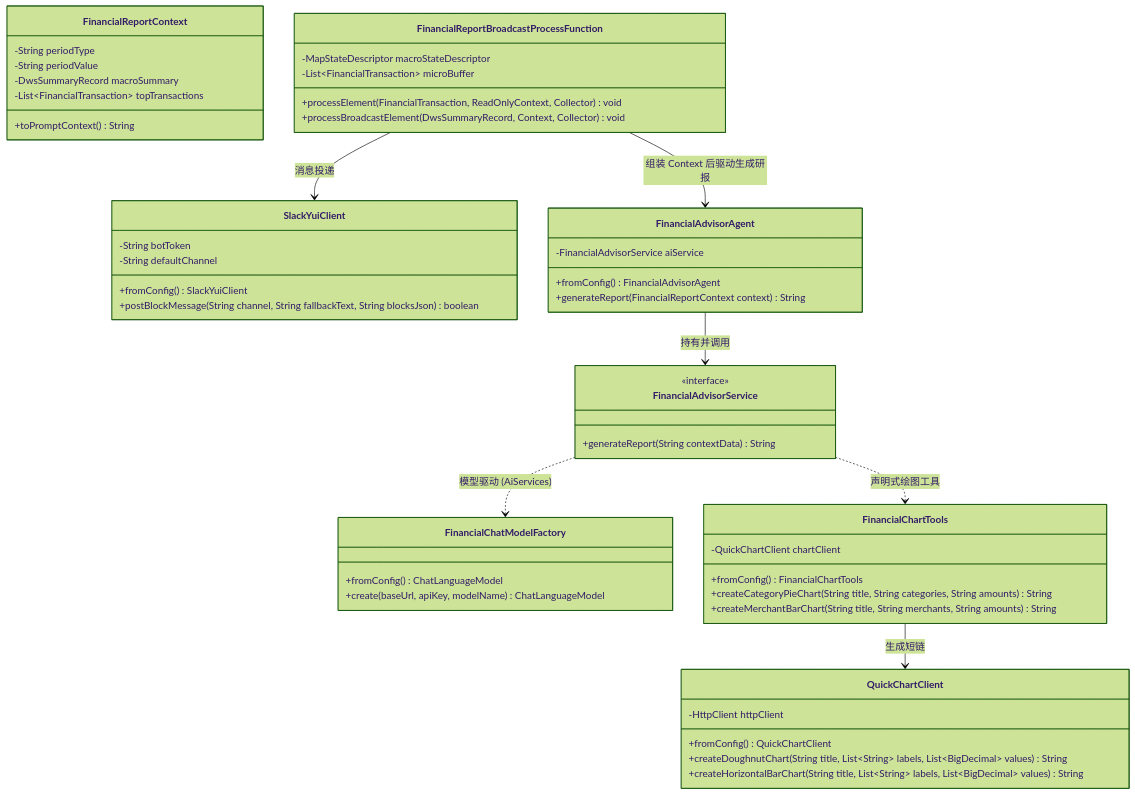
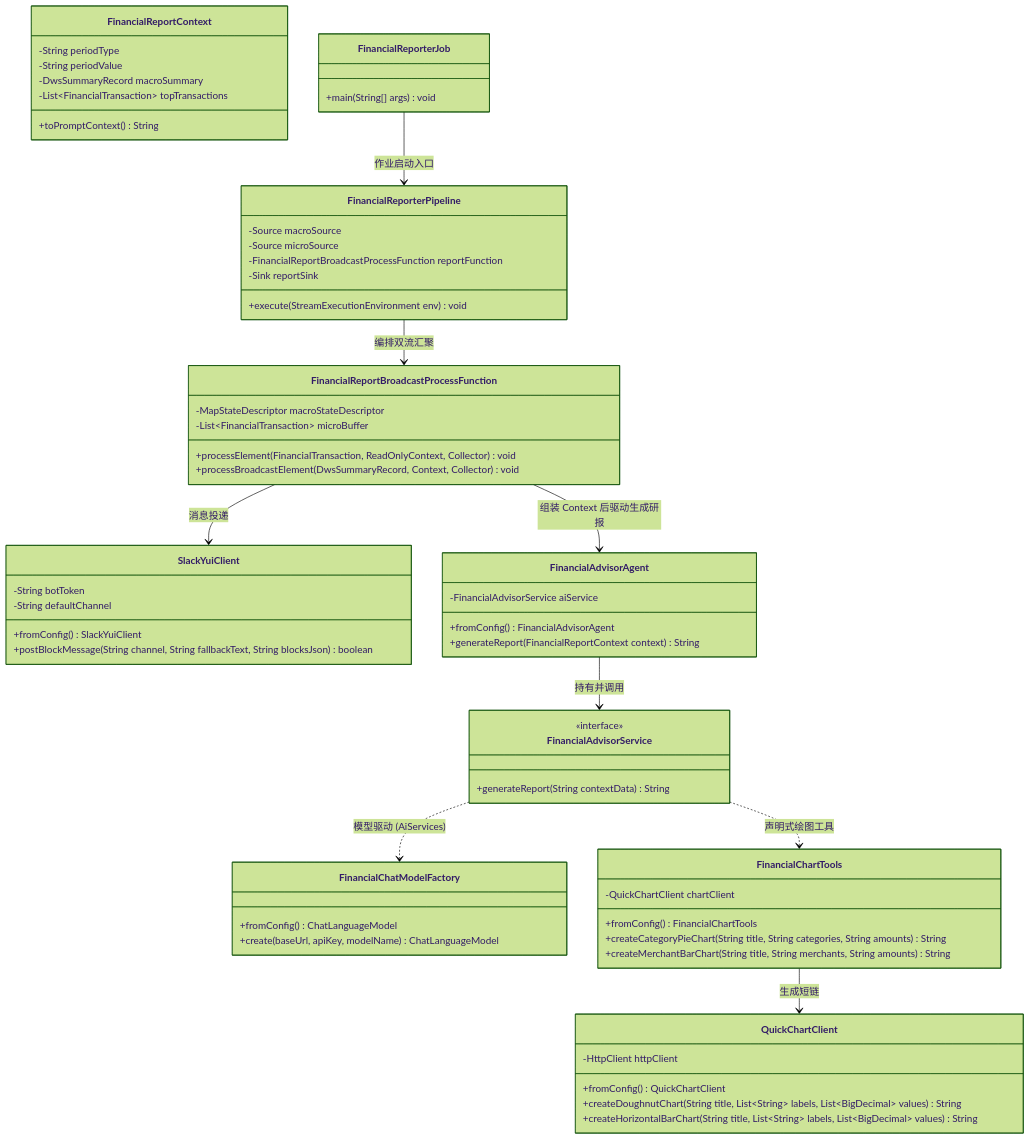
Before and after one commit to nvd11/sms-flink-etl: the first of 2 diagrams in docs/milestone-2-class-design.md, drawn with Mermaid (forest theme). The commit also changed other lines of this file and 1 other file, not shown here.

Commit message:
docs(m2): integrate FinancialReporterPipeline into class design and step guide to align with DIP pipeline architecture

````diff
--- a/docs/milestone-2-class-design.md
+++ b/docs/milestone-2-class-design.md
@@ -63,61 +72,75 @@
 ```mermaid
 classDiagram
     class FinancialChatModelFactory {
         +fromConfig() ChatLanguageModel
         +create(baseUrl, apiKey, modelName) ChatLanguageModel
     }
 
     class FinancialReportContext {
         -String periodType
         -String periodValue
         -DwsSummaryRecord macroSummary
         -List~FinancialTransaction~ topTransactions
         +toPromptContext() String
     }
 
     class QuickChartClient {
         -HttpClient httpClient
         +fromConfig() QuickChartClient
         +createDoughnutChart(String title, List~String~ labels, List~BigDecimal~ values) String
         +createHorizontalBarChart(String title, List~String~ labels, List~BigDecimal~ values) String
     }
 
     class SlackYuiClient {
         -String botToken
         -String defaultChannel
         +fromConfig() SlackYuiClient
         +postBlockMessage(String channel, String fallbackText, String blocksJson) boolean
     }
 
     class FinancialChartTools {
         -QuickChartClient chartClient
         +fromConfig() FinancialChartTools
         +createCategoryPieChart(String title, String categories, String amounts) String
         +createMerchantBarChart(String title, String merchants, String amounts) String
     }
 
     class FinancialAdvisorService {
         <<interface>>
         +generateReport(String contextData) String
     }
 
     class FinancialAdvisorAgent {
         -FinancialAdvisorService aiService
         +fromConfig() FinancialAdvisorAgent
         +generateReport(FinancialReportContext context) String
     }
 
     class FinancialReportBroadcastProcessFunction {
         -MapStateDescriptor macroStateDescriptor
         -List~FinancialTransaction~ microBuffer
         +processElement(FinancialTransaction, ReadOnlyContext, Collector) void
         +processBroadcastElement(DwsSummaryRecord, Context, Collector) void
     }
 
+    class FinancialReporterPipeline {
+        -Source macroSource
+        -Source microSource
+        -FinancialReportBroadcastProcessFunction reportFunction
+        -Sink reportSink
+        +execute(StreamExecutionEnvironment env) void
+    }
+
+    class FinancialReporterJob {
+        +main(String[] args) void
+    }
+
     FinancialAdvisorAgent --> FinancialAdvisorService : 持有并调用
     FinancialAdvisorService ..> FinancialChatModelFactory : 模型驱动 (AiServices)
     FinancialAdvisorService ..> FinancialChartTools : 声明式绘图工具
     FinancialChartTools --> QuickChartClient : 生成短链
     FinancialReportBroadcastProcessFunction --> FinancialAdvisorAgent : 组装 Context 后驱动生成研报
     FinancialReportBroadcastProcessFunction --> SlackYuiClient : 消息投递
+    FinancialReporterPipeline --> FinancialReportBroadcastProcessFunction : 编排双流汇聚
+    FinancialReporterJob --> FinancialReporterPipeline : 作业启动入口
 ```
````
